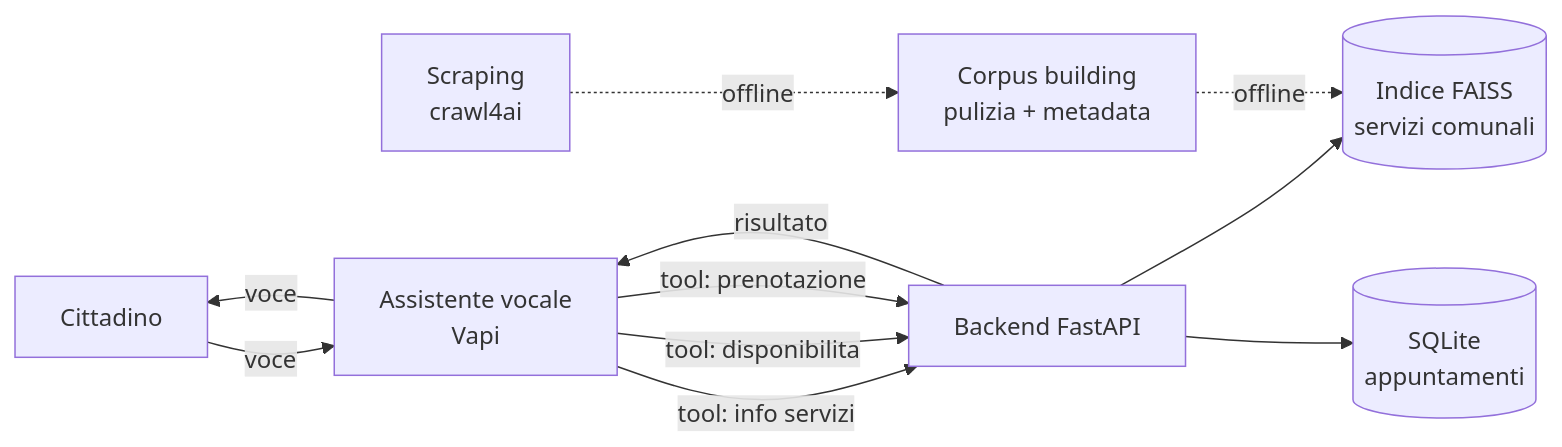
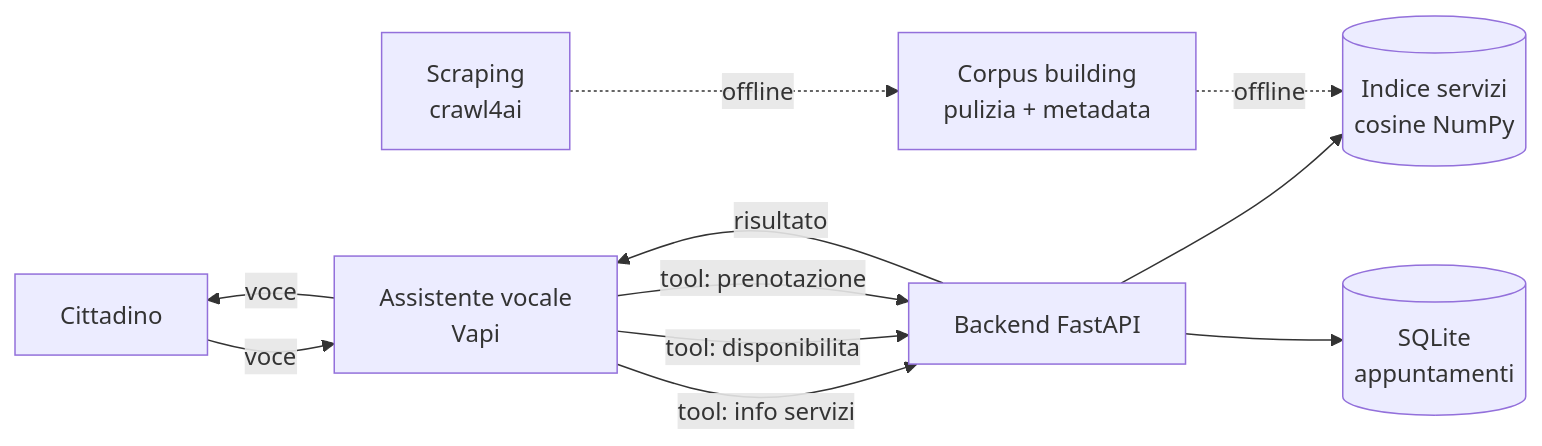
One commit to Kieff90/Voicebot-PY changed the diagram in docs/ARCHITECTURE.md. Above: the diagram before and after it, drawn with Mermaid. The commit also changed other lines of this file, not shown here.

Commit message:
docs: allinea ARCHITECTURE a cosine NumPy (rimuove residuo FAISS)

````diff
--- a/docs/ARCHITECTURE.md
+++ b/docs/ARCHITECTURE.md
@@ -9,13 +9,13 @@
 ```mermaid
 flowchart LR
   C[Cittadino] -- voce --> V[Assistente vocale<br/>Vapi]
   V -- voce --> C
   V -- tool: info servizi --> B[Backend FastAPI]
   V -- tool: disponibilita --> B
   V -- tool: prenotazione --> B
   B -- risultato --> V
-  B --> R[(Indice FAISS<br/>servizi comunali)]
+  B --> R[(Indice servizi<br/>cosine NumPy)]
   B --> D[(SQLite<br/>appuntamenti)]
   SC[Scraping<br/>crawl4ai] -. offline .-> CB[Corpus building<br/>pulizia + metadata]
   CB -. offline .-> R
 ```
````
